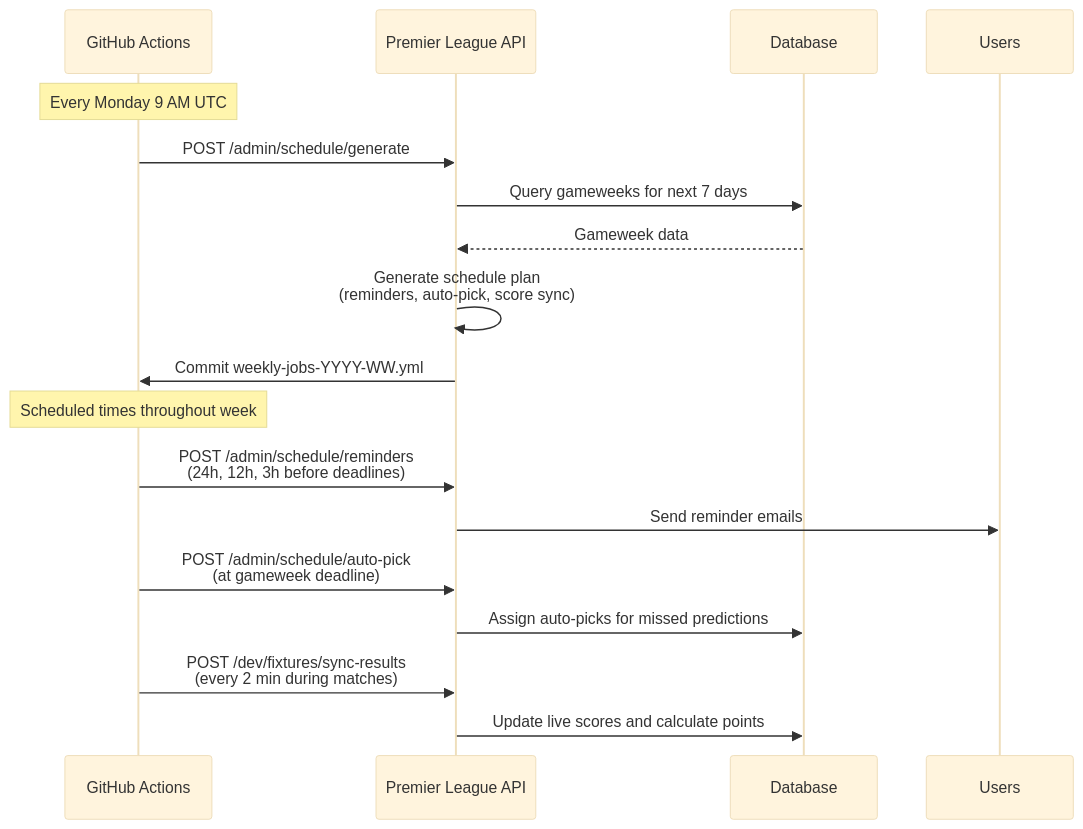
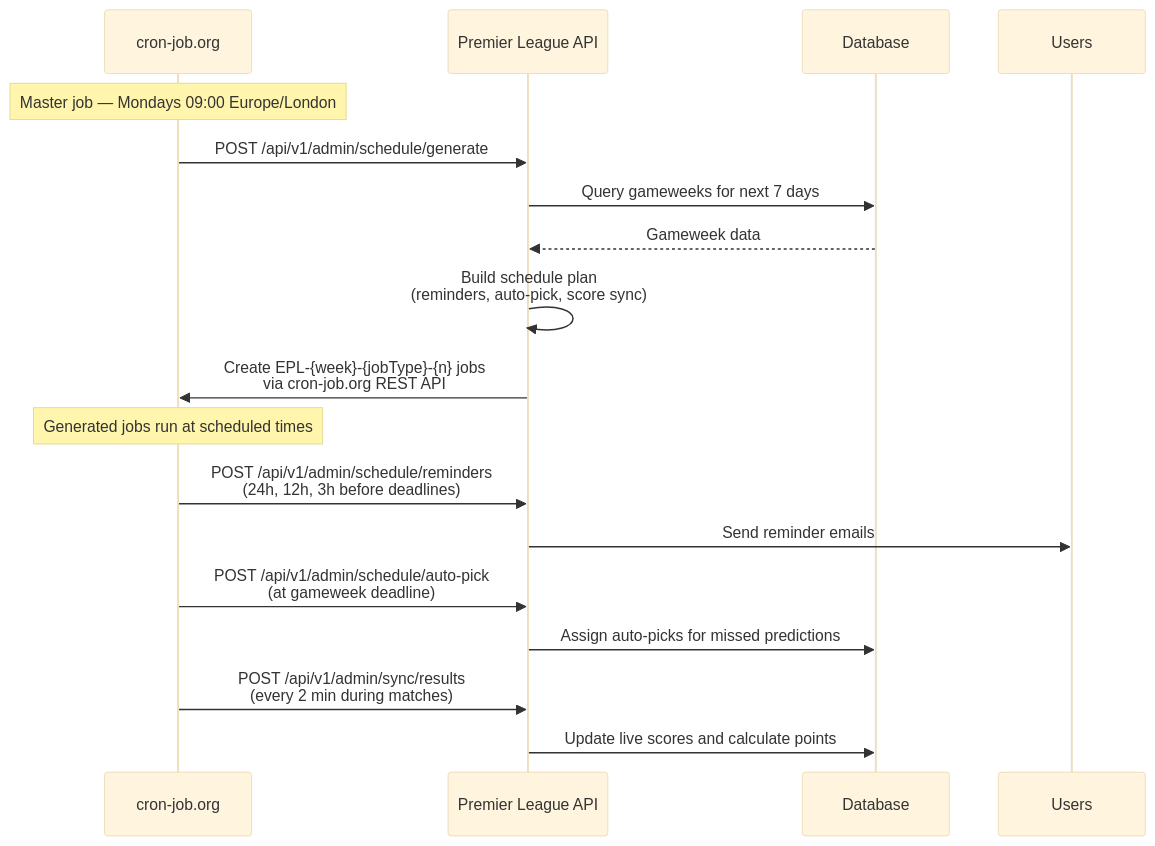
One commit to nickbutler25/PremierLeaguePredictions changed the diagram in README.md. Above: the diagram before and after it, drawn with Mermaid (base theme). The commit also changed other lines of this file and 13 other files, not shown here.

First line of the commit message:
Retire GitHub Actions scheduler: docs, dead code, and render.yaml

````diff
--- a/README.md
+++ b/README.md
@@ -86,24 +90,24 @@
 ```mermaid
 sequenceDiagram
-    participant GH as GitHub Actions
+    participant Cron as cron-job.org
     participant API as Premier League API
     participant DB as Database
     participant Users as Users
 
-    Note over GH: Every Monday 9 AM UTC
-    GH->>API: POST /admin/schedule/generate
+    Note over Cron: Master job — Mondays 09:00 Europe/London
+    Cron->>API: POST /api/v1/admin/schedule/generate
     API->>DB: Query gameweeks for next 7 days
     DB-->>API: Gameweek data
-    API->>API: Generate schedule plan<br/>(reminders, auto-pick, score sync)
-    API->>GH: Commit weekly-jobs-YYYY-WW.yml
+    API->>API: Build schedule plan<br/>(reminders, auto-pick, score sync)
+    API->>Cron: Create EPL-{week}-{jobType}-{n} jobs<br/>via cron-job.org REST API
 
-    Note over GH: Scheduled times throughout week
-    GH->>API: POST /admin/schedule/reminders<br/>(24h, 12h, 3h before deadlines)
+    Note over Cron: Generated jobs run at scheduled times
+    Cron->>API: POST /api/v1/admin/schedule/reminders<br/>(24h, 12h, 3h before deadlines)
     API->>Users: Send reminder emails
 
-    GH->>API: POST /admin/schedule/auto-pick<br/>(at gameweek deadline)
+    Cron->>API: POST /api/v1/admin/schedule/auto-pick<br/>(at gameweek deadline)
     API->>DB: Assign auto-picks for missed predictions
 
-    GH->>API: POST /dev/fixtures/sync-results<br/>(every 2 min during matches)
+    Cron->>API: POST /api/v1/admin/sync/results<br/>(every 2 min during matches)
     API->>DB: Update live scores and calculate points
 ```
````
